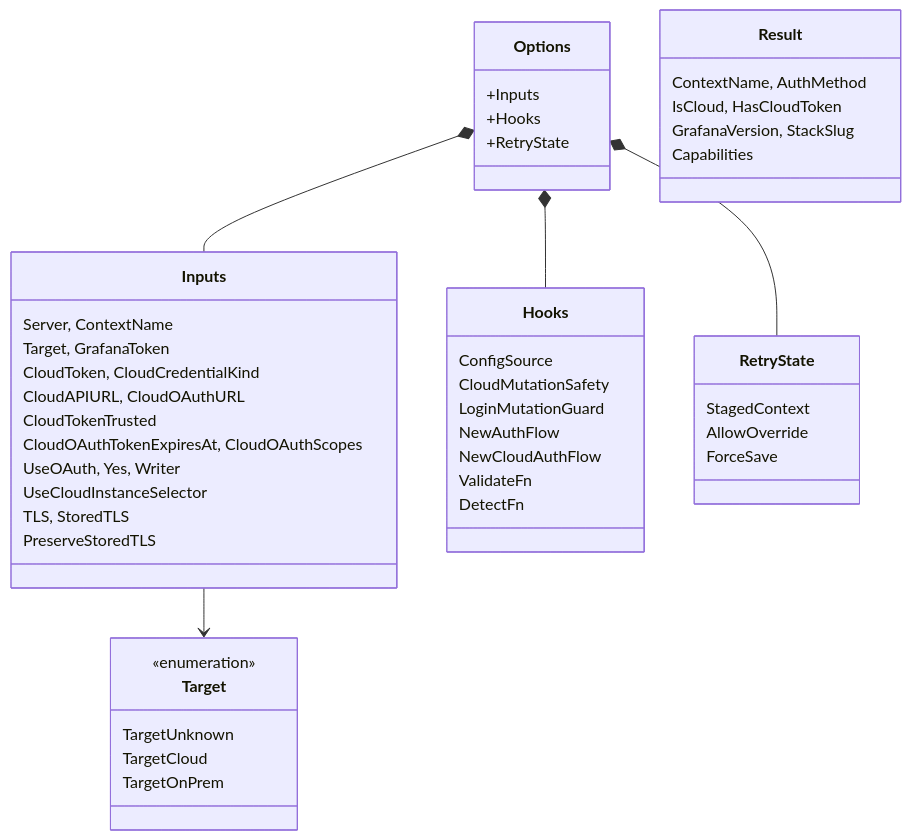
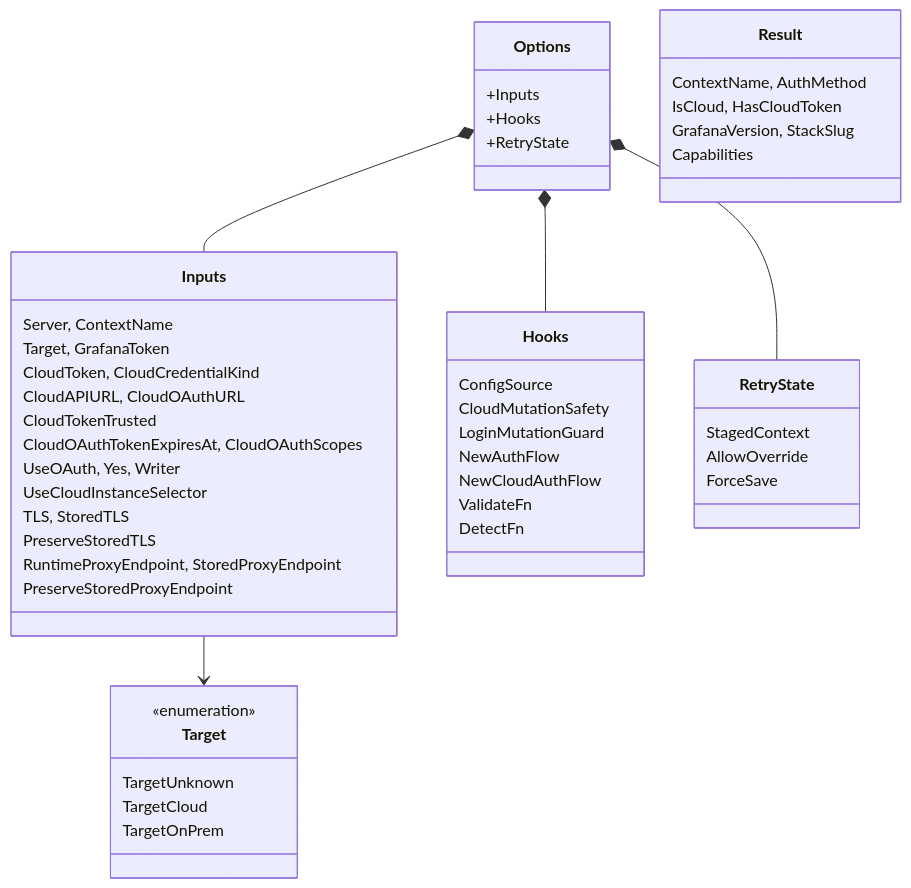
The second of 4 diagrams in docs/architecture/login-system.md (grafana/gcx), drawn with Mermaid before and after one commit. The commit also changed other lines of this file and 27 other files, not shown here.

````diff
--- a/docs/architecture/login-system.md
+++ b/docs/architecture/login-system.md
@@ -37,51 +37,53 @@
 ```mermaid
 classDiagram
     class Options {
         +Inputs
         +Hooks
         +RetryState
     }
     class Inputs {
         Server, ContextName
         Target, GrafanaToken
         CloudToken, CloudCredentialKind
         CloudAPIURL, CloudOAuthURL
         CloudTokenTrusted
         CloudOAuthTokenExpiresAt, CloudOAuthScopes
         UseOAuth, Yes, Writer
         UseCloudInstanceSelector
         TLS, StoredTLS
         PreserveStoredTLS
+        RuntimeProxyEndpoint, StoredProxyEndpoint
+        PreserveStoredProxyEndpoint
     }
     class Hooks {
         ConfigSource
         CloudMutationSafety
         LoginMutationGuard
         NewAuthFlow
         NewCloudAuthFlow
         ValidateFn
         DetectFn
     }
     class RetryState {
         StagedContext
         AllowOverride
         ForceSave
     }
     class Target {
         <<enumeration>>
         TargetUnknown
         TargetCloud
         TargetOnPrem
     }
     class Result {
         ContextName, AuthMethod
         IsCloud, HasCloudToken
         GrafanaVersion, StackSlug
         Capabilities
     }
 
     Options *-- Inputs
     Options *-- Hooks
     Options *-- RetryState
     Inputs --> Target
 ```
````
